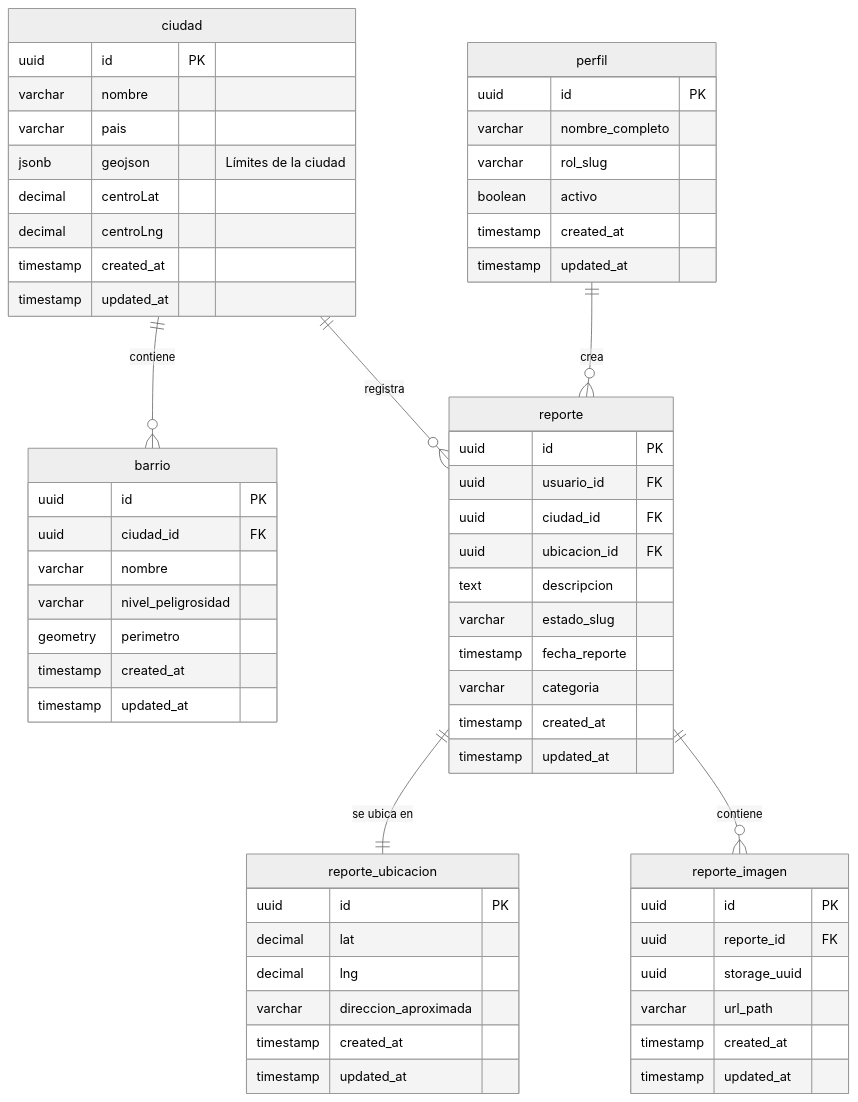
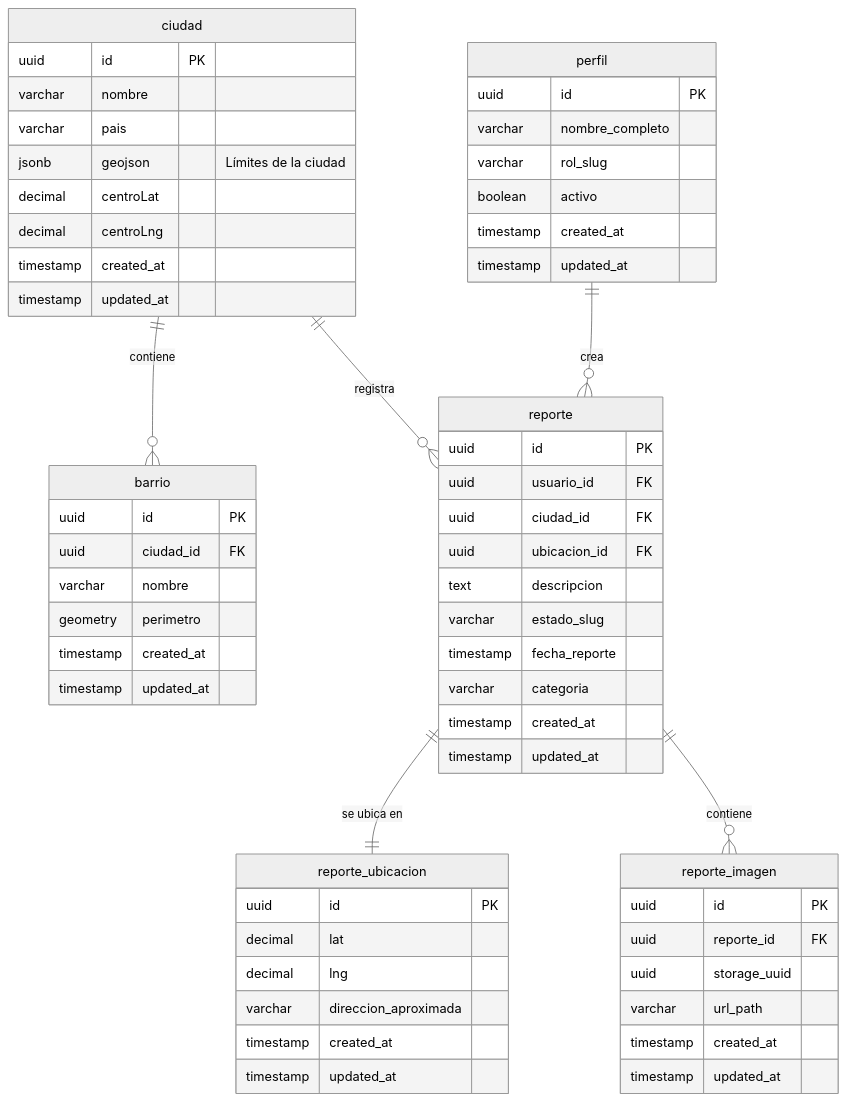
The diagram in README.md (L50E02O/CityAlerta), drawn with Mermaid (neutral theme) before and after one commit. The commit also changed 15 other files, not shown here.

Commit message:
remove nivelPeligrosidad field from barrio data models and related repositories, add geocoding functionality

````diff
--- a/README.md
+++ b/README.md
@@ -92,70 +92,69 @@
 ```mermaid
 erDiagram
     direction TB
     ciudad {
         uuid id PK ""
         varchar nombre ""
         varchar pais ""
         jsonb geojson "Límites de la ciudad"
         decimal centroLat ""
         decimal centroLng ""
         timestamp created_at ""
         timestamp updated_at ""
     }
 
     barrio {
         uuid id PK ""
         uuid ciudad_id FK ""
         varchar nombre ""
-        varchar nivel_peligrosidad ""
         geometry perimetro ""
         timestamp created_at ""
         timestamp updated_at ""
     }
 
     perfil {
         uuid id PK ""
         varchar nombre_completo ""
         varchar rol_slug ""
         boolean activo ""
         timestamp created_at ""
         timestamp updated_at ""
     }
 
     reporte {
         uuid id PK ""
         uuid usuario_id FK ""
         uuid ciudad_id FK ""
         uuid ubicacion_id FK ""
         text descripcion ""
         varchar estado_slug ""
         timestamp fecha_reporte ""
         varchar categoria ""
         timestamp created_at ""
         timestamp updated_at ""
     }
 
     reporte_ubicacion {
         uuid id PK ""
         decimal lat ""
         decimal lng ""
         varchar direccion_aproximada ""
         timestamp created_at ""
         timestamp updated_at ""
     }
 
     reporte_imagen {
         uuid id PK ""
         uuid reporte_id FK ""
         uuid storage_uuid ""
         varchar url_path ""
         timestamp created_at ""
         timestamp updated_at ""
     }
 
     perfil ||--o{ reporte : "crea"
     ciudad ||--o{ barrio : "contiene"
     ciudad ||--o{ reporte : "registra"
     reporte ||--|| reporte_ubicacion : "se ubica en"
     reporte ||--o{ reporte_imagen : "contiene"
 ```
````
